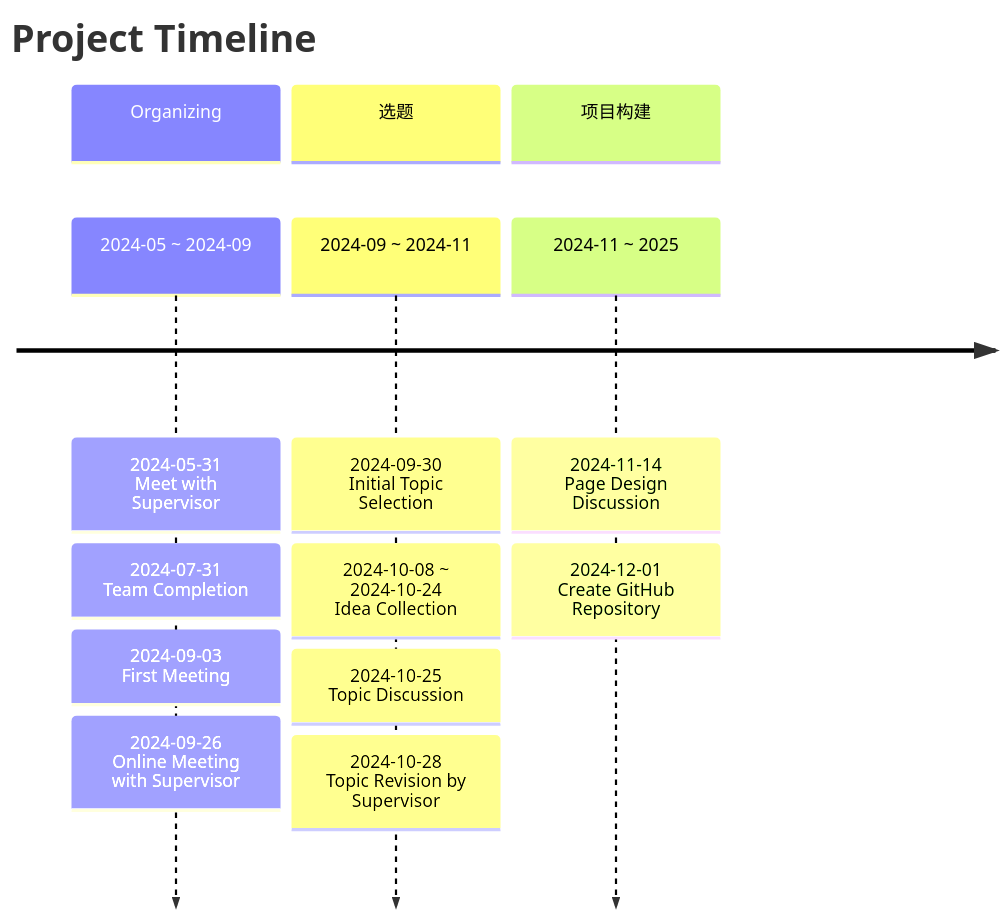
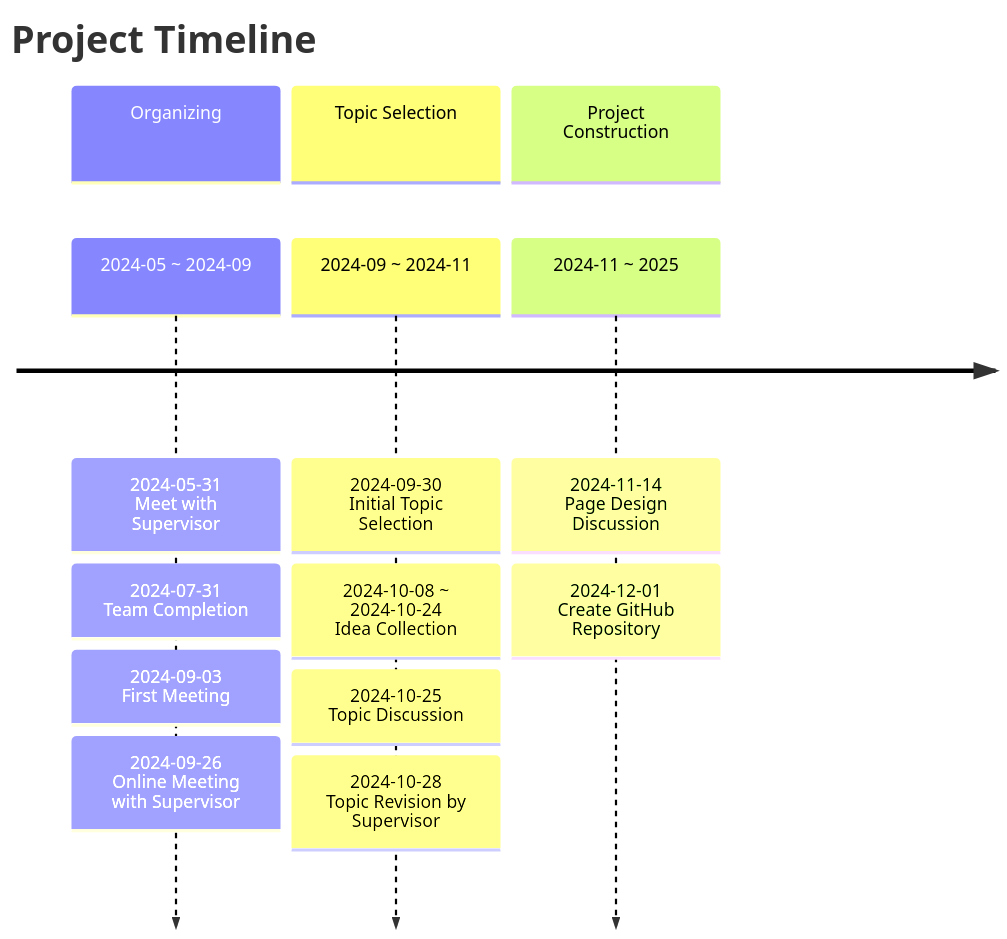
Before and after one commit to 2311719626/CCCC_Project: the diagram in README.md, drawn with Mermaid.

Commit message:
✨Complete Timeline✨

````diff
--- a/README.md
+++ b/README.md
@@ -39,20 +39,20 @@
 ```mermaid
 timeline
     title Project Timeline
     section Organizing
         2024-05 ~ 2024-09:
         2024-05-31<br>Meet with Supervisor:
         2024-07-31<br>Team Completion:
         2024-09-03<br>First Meeting:
         2024-09-26<br>Online Meeting with Supervisor
-    section 选题
+    section Topic Selection
         2024-09 ~ 2024-11:
         2024-09-30<br>Initial Topic Selection:
         2024-10-08 ~<br> 2024-10-24<br>Idea Collection:
         2024-10-25<br>Topic Discussion:
         2024-10-28<br>Topic Revision by Supervisor
-    section 项目构建
+    section Project Construction
         2024-11 ~ 2025<br>:
         2024-11-14<br>Page Design Discussion:
         2024-12-01<br>Create GitHub Repository
 ```
````
